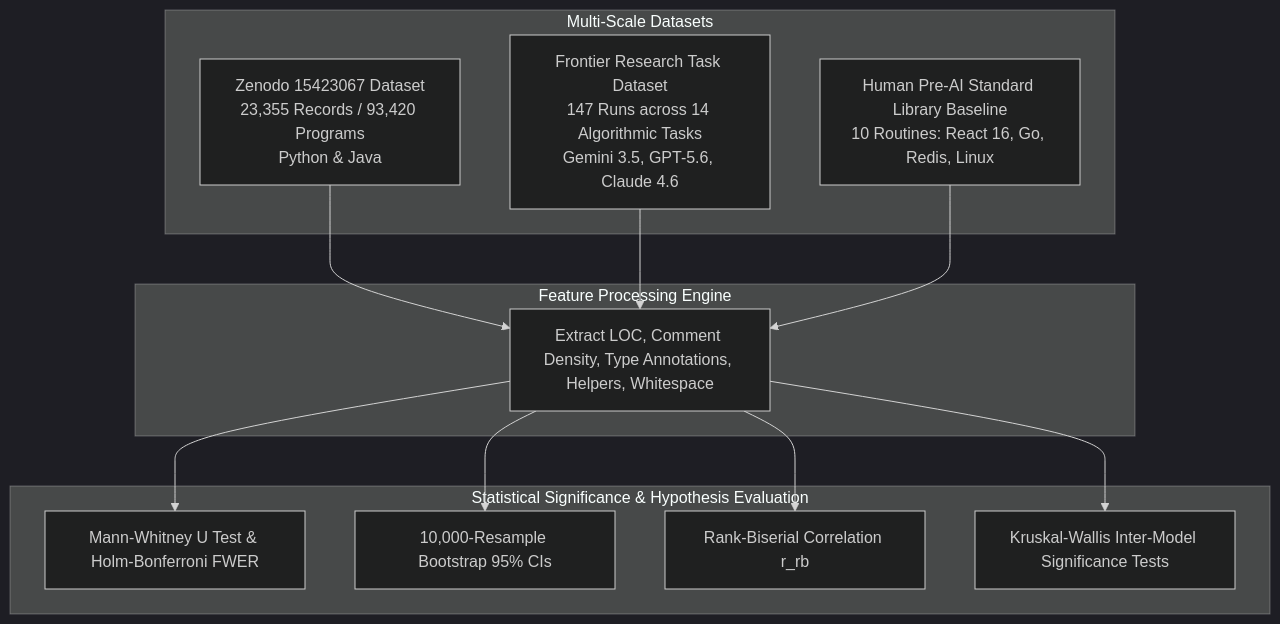
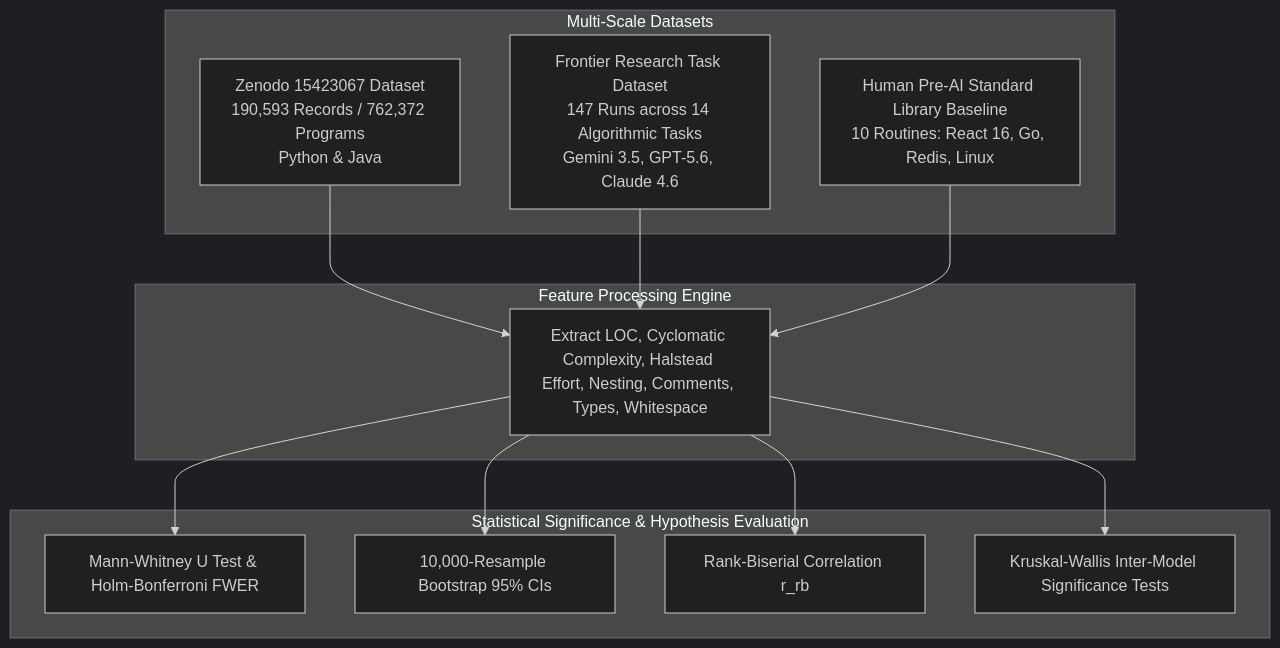
One commit to local-over/ai-code-stylometrics-study changed the diagram in paper/research_paper.md. Above: the diagram before and after it, drawn with Mermaid (dark theme). The commit also changed other lines of this file and 2 other files, not shown here.

Commit message:
Incorporated full quantitative complexity, Halstead effort, and security defect analysis (762,372 snippets evaluated) into paper, PDF, and README

````diff
--- a/paper/research_paper.md
+++ b/paper/research_paper.md
@@ -40,27 +41,27 @@
 ```mermaid
 flowchart TD
     subgraph Multi-Scale Datasets
-        Z[Zenodo 15423067 Dataset\n23,355 Records / 93,420 Programs\nPython & Java]
+        Z[Zenodo 15423067 Dataset\n190,593 Records / 762,372 Programs\nPython & Java]
         F[Frontier Research Task Dataset\n147 Runs across 14 Algorithmic Tasks\nGemini 3.5, GPT-5.6, Claude 4.6]
         H[Human Pre-AI Standard Library Baseline\n10 Routines: React 16, Go, Redis, Linux]
     end
 
     subgraph Feature Processing Engine
-        P[Extract LOC, Comment Density, Type Annotations, Helpers, Whitespace]
+        P[Extract LOC, Cyclomatic Complexity, Halstead Effort, Nesting, Comments, Types, Whitespace]
     end
 
     subgraph Statistical Significance & Hypothesis Evaluation
         MW[Mann-Whitney U Test & Holm-Bonferroni FWER]
         BS[10,000-Resample Bootstrap 95% CIs]
         ES[Rank-Biserial Correlation r_rb]
         KW[Kruskal-Wallis Inter-Model Significance Tests]
     end
 
     Z --> P
     F --> P
     H --> P
     P --> MW
     P --> BS
     P --> ES
     P --> KW
 ```
````
